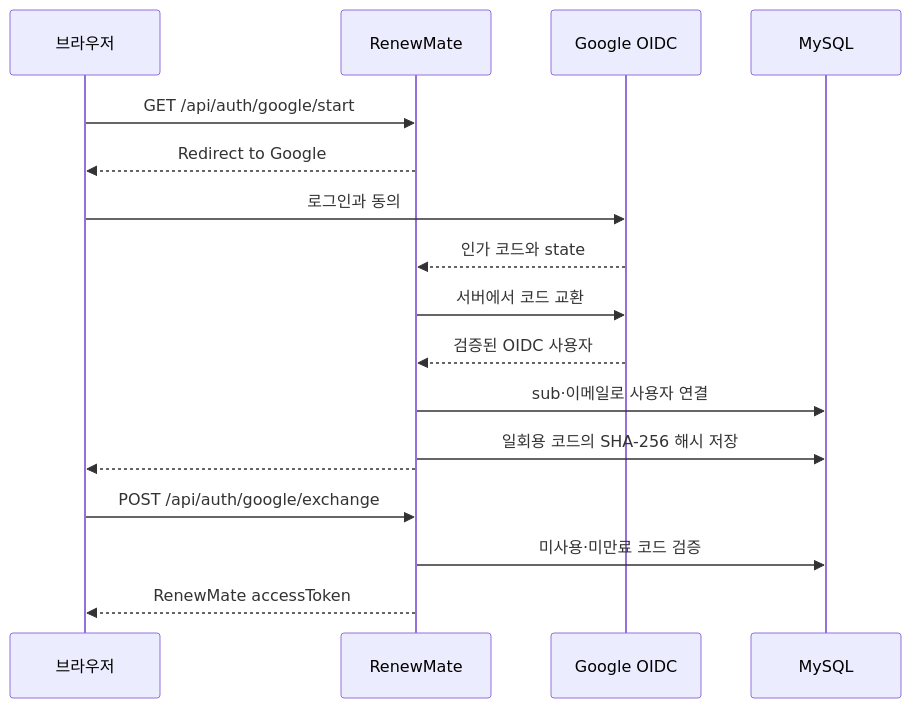
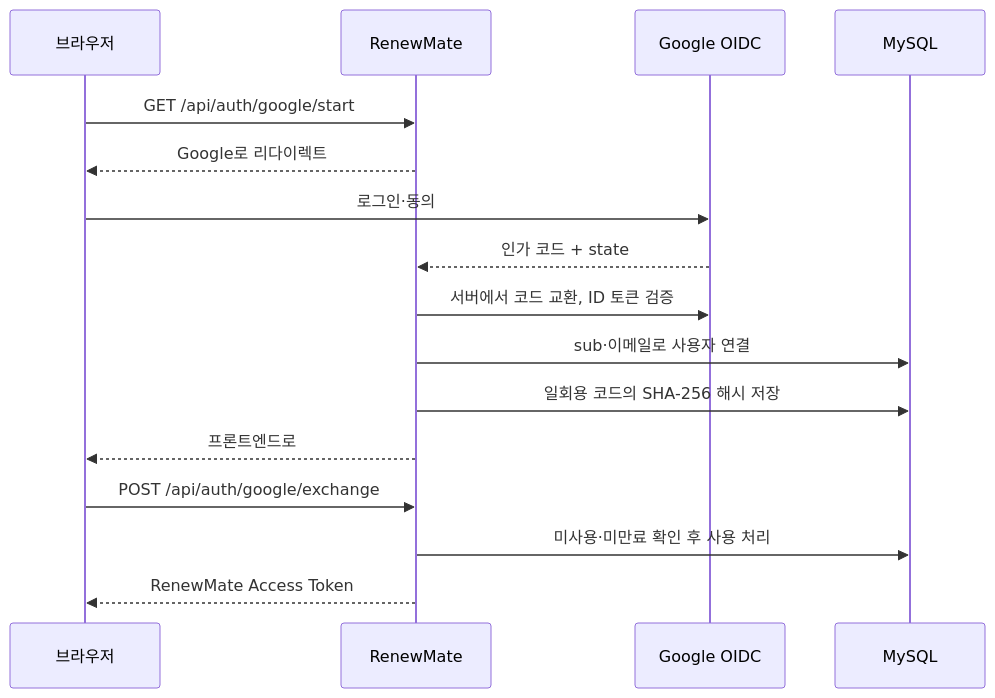
One commit to jong9s/renewmate-backend changed the third of 5 diagrams in README.md. Above: the diagram before and after it, drawn with Mermaid. The commit also changed other lines of this file, not shown here.

First line of the commit message:
docs: rewrite README to match current code

````diff
--- a/README.md
+++ b/README.md
@@ -151,20 +153,19 @@
 ```mermaid
 sequenceDiagram
     participant C as 브라우저
     participant A as RenewMate
     participant G as Google OIDC
     participant D as MySQL
 
     C->>A: GET /api/auth/google/start
-    A-->>C: Redirect to Google
-    C->>G: 로그인과 동의
-    G-->>A: 인가 코드와 state
-    A->>G: 서버에서 코드 교환
-    G-->>A: 검증된 OIDC 사용자
+    A-->>C: Google로 리다이렉트
+    C->>G: 로그인·동의
+    G-->>A: 인가 코드 + state
+    A->>G: 서버에서 코드 교환, ID 토큰 검증
     A->>D: sub·이메일로 사용자 연결
     A->>D: 일회용 코드의 SHA-256 해시 저장
-    A-->>C: #code=일회용 코드로 이동
+    A-->>C: 프론트엔드로 #code=일회용 코드
     C->>A: POST /api/auth/google/exchange
-    A->>D: 미사용·미만료 코드 검증
-    A-->>C: RenewMate accessToken
+    A->>D: 미사용·미만료 확인 후 사용 처리
+    A-->>C: RenewMate Access Token
 ```
````
